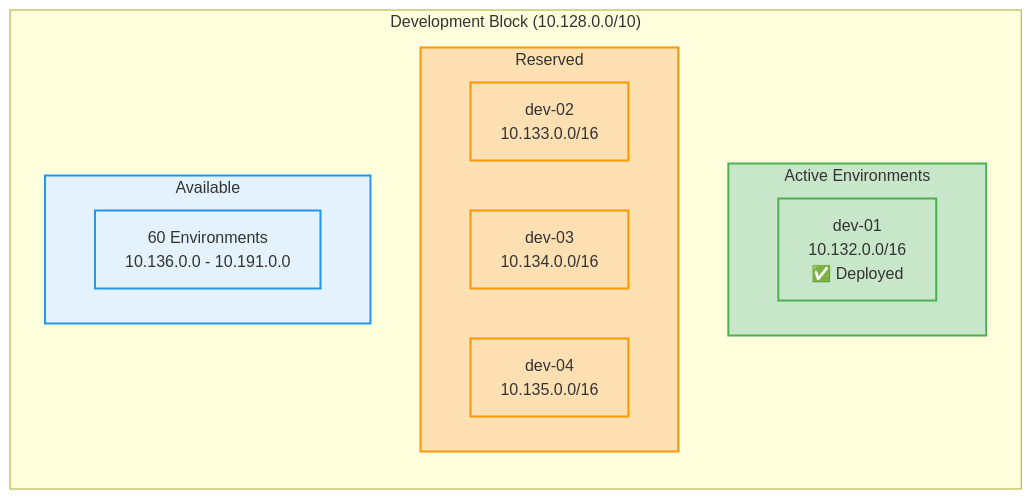
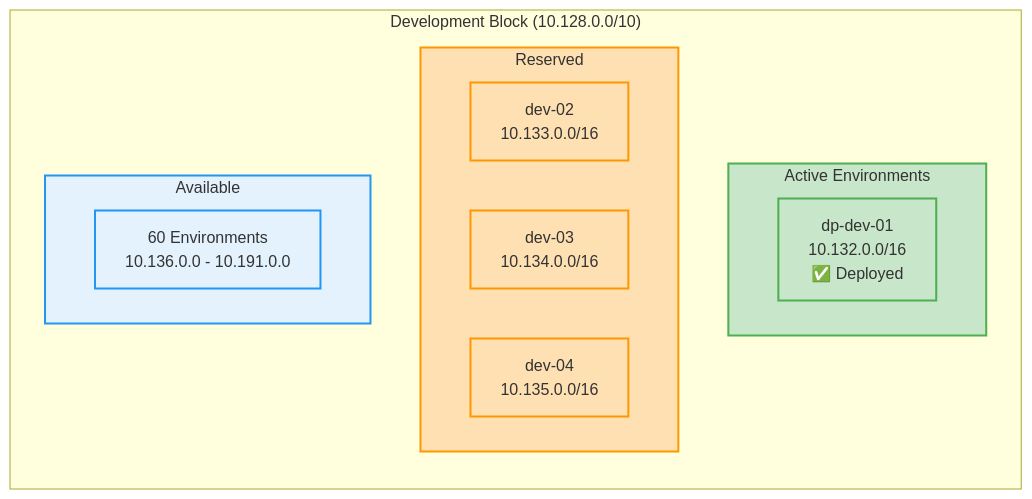
Before and after one commit to spolspol/terragrunt-gcp-org-automation: the third of 9 diagrams in docs/IP_ALLOCATION.md, drawn with Mermaid. The commit also changed other lines of this file and 243 other files, not shown here.

````diff
--- a/docs/IP_ALLOCATION.md
+++ b/docs/IP_ALLOCATION.md
@@ -107,26 +107,26 @@
 ```mermaid
 flowchart LR
     subgraph "Development Block (10.128.0.0/10)"
         subgraph ACTIVE["Active Environments"]
-            DEV01["dev-01<br/>10.132.0.0/16<br/>✅ Deployed"]
+            DEV01["dp-dev-01<br/>10.132.0.0/16<br/>✅ Deployed"]
         end
         
         subgraph RESERVED["Reserved"]
             DEV02["dev-02<br/>10.133.0.0/16"]
             DEV03["dev-03<br/>10.134.0.0/16"]
             DEV04["dev-04<br/>10.135.0.0/16"]
         end
         
         subgraph AVAILABLE["Available"]
             AVAIL["60 Environments<br/>10.136.0.0 - 10.191.0.0"]
         end
     end
     
     classDef active fill:#C8E6C9,stroke:#4CAF50,stroke-width:2px
     classDef reserved fill:#FFE0B2,stroke:#FF9800,stroke-width:2px
     classDef available fill:#E3F2FD,stroke:#2196F3,stroke-width:2px
     
     class ACTIVE,DEV01 active
     class RESERVED,DEV02,DEV03,DEV04 reserved
     class AVAILABLE,AVAIL available
 ```
````
